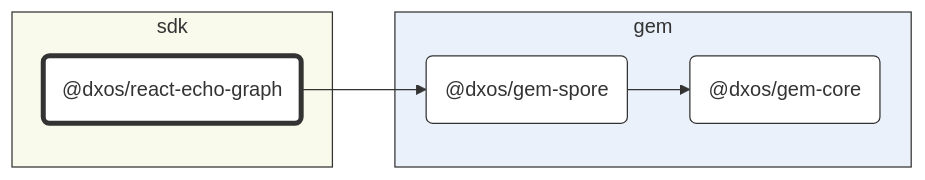
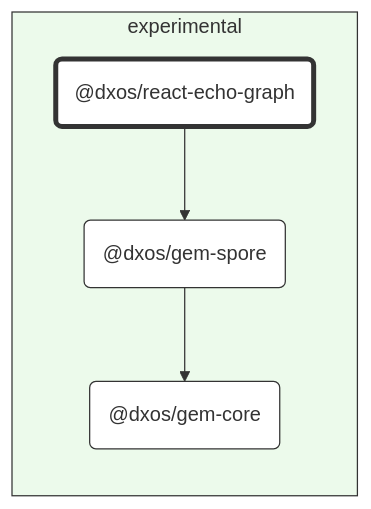
The diagram in packages/experimental/react-echo-graph/docs/README.md (dxos/dxos), drawn with Mermaid before and after one commit. The commit also changed other lines of this file and 95 other files, not shown here.

Commit message:
Class diagrams.

````diff
--- a/packages/experimental/react-echo-graph/docs/README.md
+++ b/packages/experimental/react-echo-graph/docs/README.md
@@ -7,30 +7,26 @@
 ```mermaid
 %%{ init: {'flowchart':{'curve':'basis'}} }%%
 
 flowchart LR
 
 %% Classes
 classDef def fill:#fff,stroke:#333,stroke-width:1px
 classDef root fill:#fff,stroke:#333,stroke-width:4px
 
 %% Nodes
 
-subgraph sdk [sdk]
-  style sdk fill:#f9faeb,stroke:#333
+subgraph experimental [experimental]
+  style experimental fill:#ecfaeb,stroke:#333
   dxos/react-echo-graph("@dxos/react-echo-graph"):::root
-  click dxos/react-echo-graph "dxos/dxos/tree/main/packages/sdk/react-echo-graph/docs"
-end
-
-subgraph gem [gem]
-  style gem fill:#ebf1fa,stroke:#333
+  click dxos/react-echo-graph "dxos/dxos/tree/main/packages/experimental/react-echo-graph/docs"
   dxos/gem-core("@dxos/gem-core"):::def
-  click dxos/gem-core "dxos/dxos/tree/main/packages/gem/gem-core/docs"
+  click dxos/gem-core "dxos/dxos/tree/main/packages/experimental/gem-core/docs"
   dxos/gem-spore("@dxos/gem-spore"):::def
-  click dxos/gem-spore "dxos/dxos/tree/main/packages/gem/gem-spore/docs"
+  click dxos/gem-spore "dxos/dxos/tree/main/packages/experimental/gem-spore/docs"
 end
 
 %% Links
 linkStyle default stroke:#333,stroke-width:1px
 dxos/react-echo-graph --> dxos/gem-spore
 dxos/gem-spore --> dxos/gem-core
 ```
````
